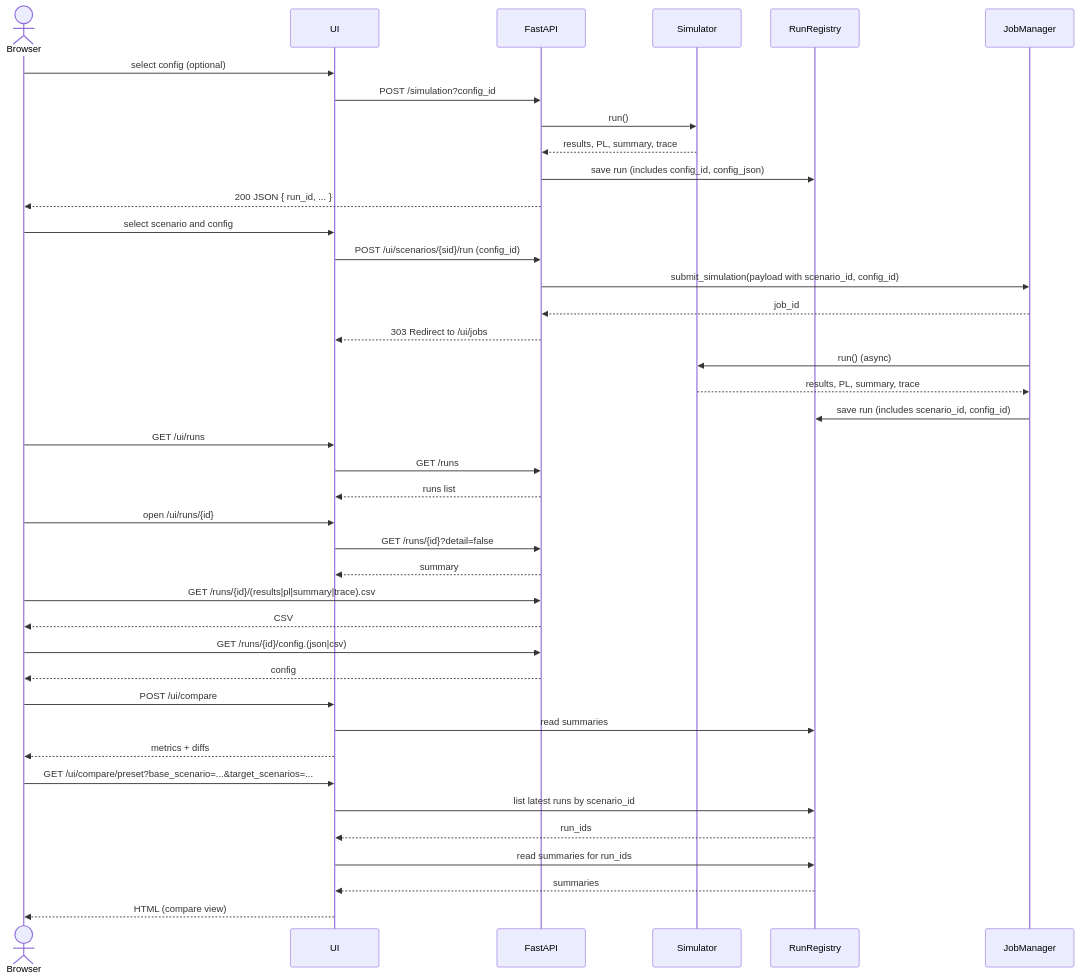
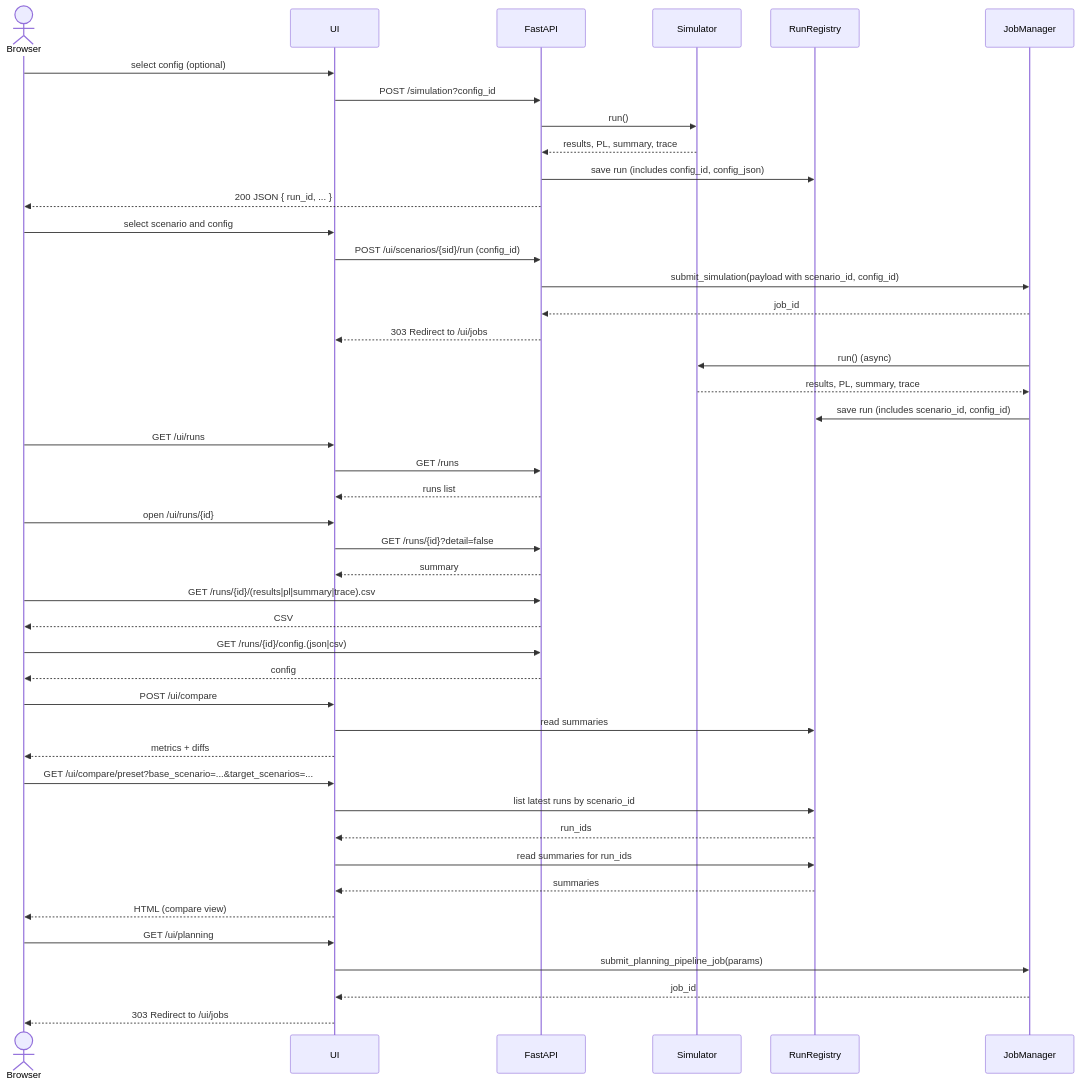
Before and after one commit to miumigy/scpln: the third of 3 diagrams in README.md, drawn with Mermaid. The commit also changed other lines of this file, not shown here.

Commit message:
docs(readme): 図解を最新仕様に反映（UIルート追加・Scenarioクラス・Planning UIシーケンス）

````diff
--- a/README.md
+++ b/README.md
@@ -568,56 +574,62 @@
 ```mermaid
 sequenceDiagram
   actor User as Browser
   participant UI as UI
   participant API as FastAPI
   participant Sim as Simulator
   participant REG as RunRegistry
   participant JM as JobManager
 
   %% Run 実行
   User->>UI: select config (optional)
   UI->>API: POST /simulation?config_id
   API->>Sim: run()
   Sim-->>API: results, PL, summary, trace
   API->>REG: save run (includes config_id, config_json)
   API-->>User: 200 JSON { run_id, ... }
 
   %% シナリオからの実行
   User->>UI: select scenario and config
   UI->>API: POST /ui/scenarios/{sid}/run (config_id)
   API->>JM: submit_simulation(payload with scenario_id, config_id)
   JM-->>API: job_id
   API-->>UI: 303 Redirect to /ui/jobs
   JM->>Sim: run() (async)
   Sim-->>JM: results, PL, summary, trace
   JM->>REG: save run (includes scenario_id, config_id)
 
   %% 履歴一覧
   User->>UI: GET /ui/runs
   UI->>API: GET /runs
   API-->>UI: runs list
 
   %% 詳細
   User->>UI: open /ui/runs/{id}
   UI->>API: GET /runs/{id}?detail=false
   API-->>UI: summary
 
   %% CSVs
   User->>API: GET /runs/{id}/(results|pl|summary|trace).csv
   API-->>User: CSV
   User->>API: GET /runs/{id}/config.(json|csv)
   API-->>User: config
 
   %% 比較
   User->>UI: POST /ui/compare
   UI->>REG: read summaries
   UI-->>User: metrics + diffs
 
   %% シナリオ比較プリセット
   User->>UI: GET /ui/compare/preset?base_scenario=...&target_scenarios=... 
   UI->>REG: list latest runs by scenario_id
   REG-->>UI: run_ids
   UI->>REG: read summaries for run_ids
   REG-->>UI: summaries
   UI-->>User: HTML (compare view)
+
+  %% 集約/詳細計画 UI（パイプライン実行）
+  User->>UI: GET /ui/planning
+  UI->>JM: submit_planning_pipeline_job(params)
+  JM-->>UI: job_id
+  UI-->>User: 303 Redirect to /ui/jobs
 ```
````
